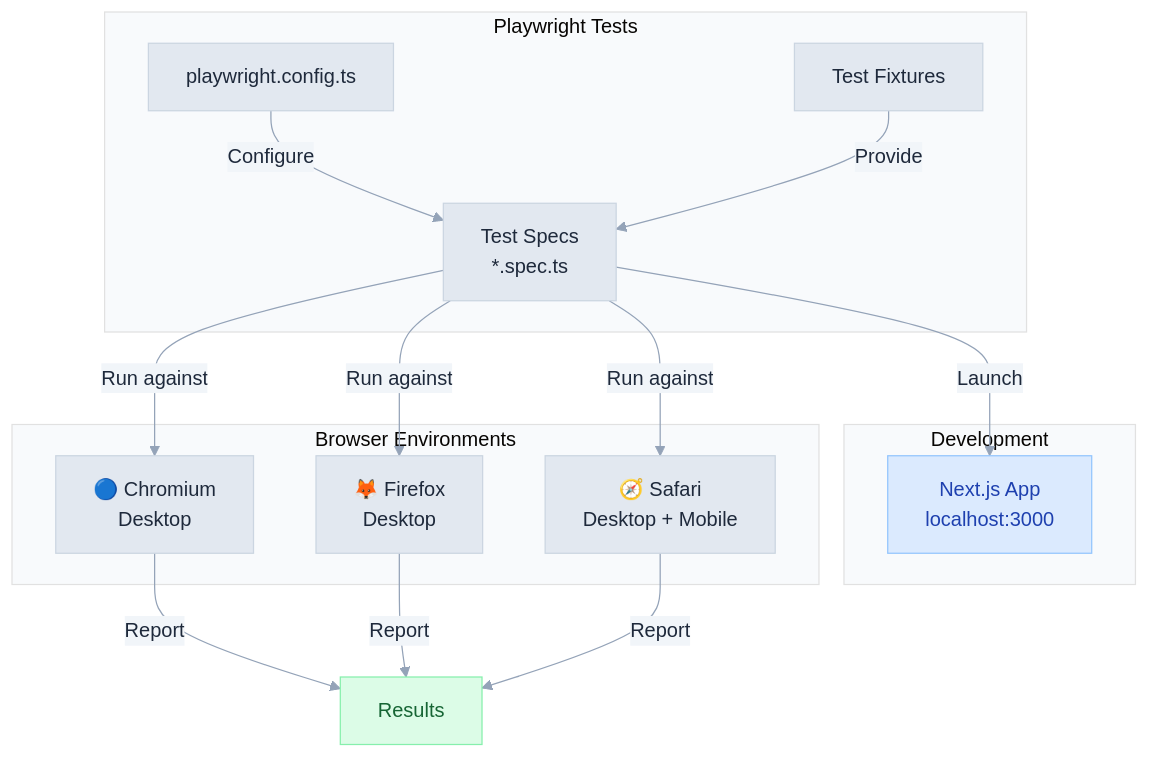
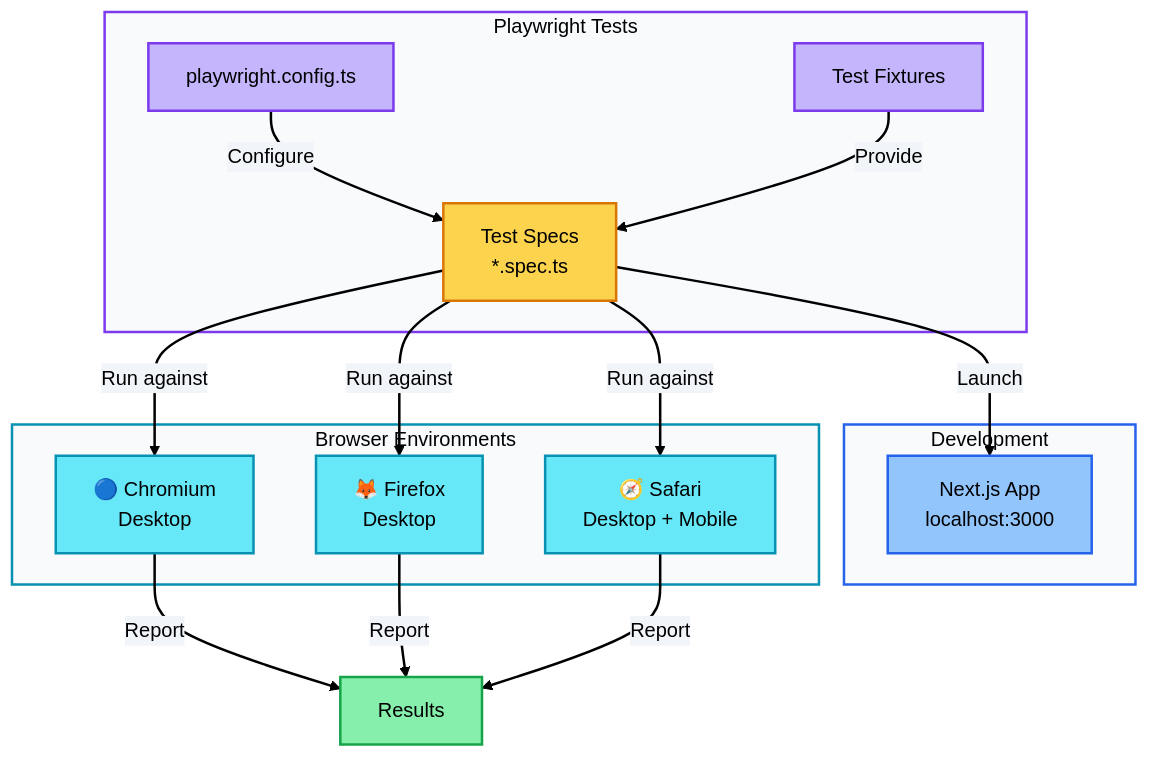
One commit to 3DHDSoft/devmultiplier-academy changed the diagram in doc/playwright.md. Above: the diagram before and after it, drawn with Mermaid. The commit also changed other lines of this file and 17 other files, not shown here.

````diff
--- a/doc/playwright.md
+++ b/doc/playwright.md
@@ -10,43 +10,56 @@
 ```mermaid
 %%{init: {'theme': 'base', 'themeVariables': {
-  'primaryColor': '#e2e8f0',
-  'primaryTextColor': '#1e293b',
-  'primaryBorderColor': '#cbd5e1',
-  'lineColor': '#94a3b8',
-  'secondaryColor': '#f1f5f9',
-  'tertiaryColor': '#f8fafc',
+  'primaryColor': '#f8fafc',
+  'primaryTextColor': '#000000',
+  'primaryBorderColor': '#2563eb',
+  'lineColor': '#000000',
+  'secondaryColor': '#fafafa',
+  'tertiaryColor': '#f5f5f5',
   'background': '#ffffff',
-  'textColor': '#334155',
+  'textColor': '#000000',
+  'edgeLabelBackground': '#f1f5f9',
   'fontFamily': 'system-ui, -apple-system, sans-serif'
-}}}%%graph TD
+}}}%%
+graph TD
     subgraph Dev["Development"]
         App["Next.js App<br/>localhost:3000"]
     end
 
     subgraph Test["Playwright Tests"]
         Config["playwright.config.ts"]
         Fixtures["Test Fixtures"]
         Specs["Test Specs<br/>*.spec.ts"]
     end
 
     subgraph Browsers["Browser Environments"]
         Chromium["🔵 Chromium<br/>Desktop"]
         Firefox["🦊 Firefox<br/>Desktop"]
         Safari["🧭 Safari<br/>Desktop + Mobile"]
     end
 
     Specs -->|Launch| App
     Config -->|Configure| Specs
     Fixtures -->|Provide| Specs
 
     Specs -->|Run against| Chromium
     Specs -->|Run against| Firefox
     Specs -->|Run against| Safari
 
     Chromium -->|Report| Results["Results"]
     Firefox -->|Report| Results
     Safari -->|Report| Results
 
-    style App fill:#dbeafe,stroke:#93c5fd,color:#1e40af
-    style Results fill:#dcfce7,stroke:#86efac,color:#166534
+    style Dev fill:#f8fafc,stroke:#2563eb,color:#000000,stroke-width:2px
+    style Test fill:#f8fafc,stroke:#7c3aed,color:#000000,stroke-width:2px
+    style Browsers fill:#f8fafc,stroke:#0891b2,color:#000000,stroke-width:2px
+    style App fill:#93c5fd,stroke:#2563eb,color:#000000,stroke-width:2px
+    style Config fill:#c4b5fd,stroke:#7c3aed,color:#000000,stroke-width:2px
+    style Fixtures fill:#c4b5fd,stroke:#7c3aed,color:#000000,stroke-width:2px
+    style Specs fill:#fcd34d,stroke:#d97706,color:#000000,stroke-width:2px
+    style Chromium fill:#67e8f9,stroke:#0891b2,color:#000000,stroke-width:2px
+    style Firefox fill:#67e8f9,stroke:#0891b2,color:#000000,stroke-width:2px
+    style Safari fill:#67e8f9,stroke:#0891b2,color:#000000,stroke-width:2px
+    style Results fill:#86efac,stroke:#16a34a,color:#000000,stroke-width:2px
+
+    linkStyle default stroke:#000000,stroke-width:2px
 ```
````
